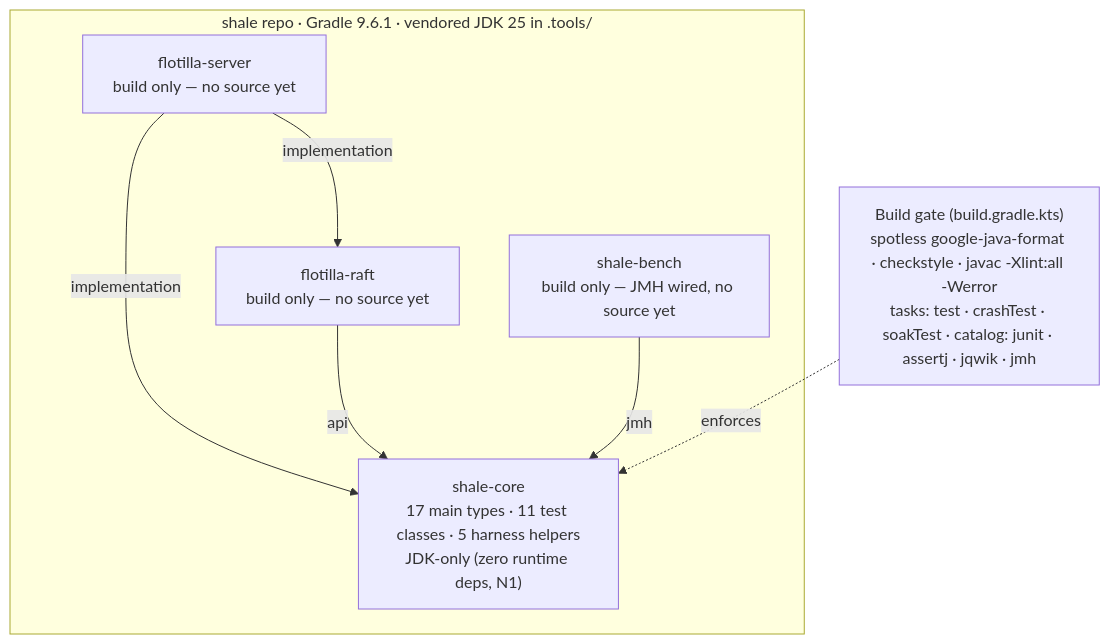
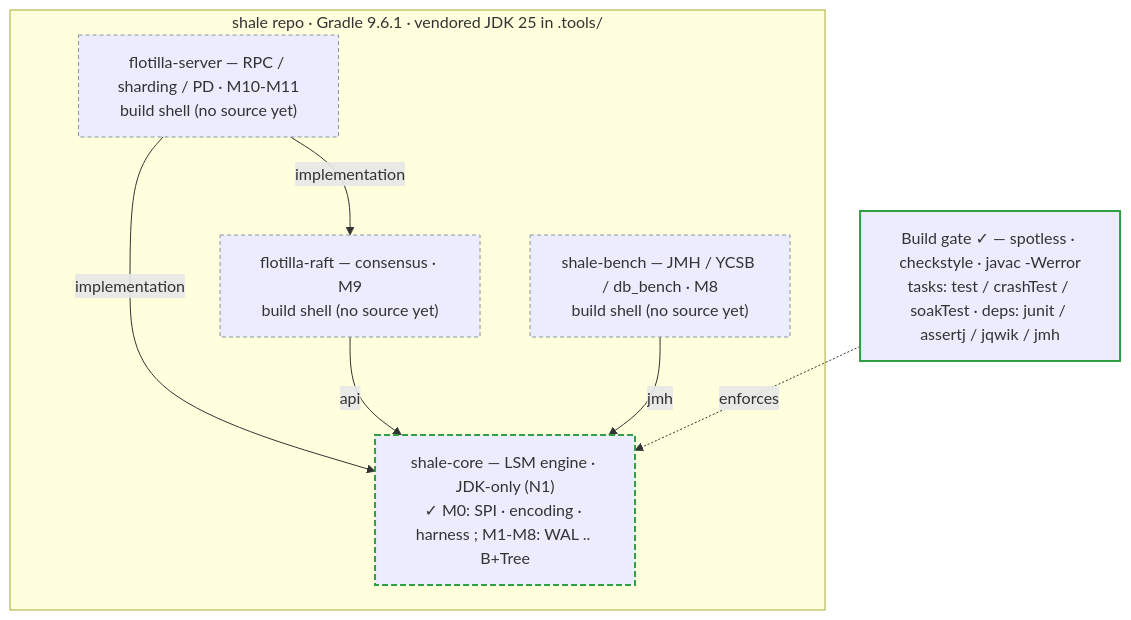
One commit to rahul-j0shi/shale changed the first of 6 diagrams in README.md. Above: the diagram before and after it, drawn with Mermaid. The commit also changed other lines of this file, not shown here.

First line of the commit message:
docs(docs): draw the complete project scope in the README diagrams

````diff
--- a/README.md
+++ b/README.md
@@ -65,15 +66,19 @@
 ```mermaid
 flowchart TB
   subgraph repo["shale repo · Gradle 9.6.1 · vendored JDK 25 in .tools/"]
-    core["shale-core<br/>17 main types · 11 test classes · 5 harness helpers<br/>JDK-only (zero runtime deps, N1)"]
-    bench["shale-bench<br/>build only — JMH wired, no source yet"]
-    raft["flotilla-raft<br/>build only — no source yet"]
-    server["flotilla-server<br/>build only — no source yet"]
+    core["shale-core — LSM engine · JDK-only (N1)<br/>✓ M0: SPI · encoding · harness ; M1-M8: WAL .. B+Tree"]:::part
+    bench["shale-bench — JMH / YCSB / db_bench · M8<br/>build shell (no source yet)"]:::plan
+    raft["flotilla-raft — consensus · M9<br/>build shell (no source yet)"]:::plan
+    server["flotilla-server — RPC / sharding / PD · M10-M11<br/>build shell (no source yet)"]:::plan
   end
   server -->|implementation| raft
   server -->|implementation| core
   raft -->|api| core
   bench -->|jmh| core
-  gate["Build gate (build.gradle.kts)<br/>spotless google-java-format · checkstyle · javac -Xlint:all -Werror<br/>tasks: test · crashTest · soakTest · catalog: junit · assertj · jqwik · jmh"]
+  gate["Build gate ✓ — spotless · checkstyle · javac -Werror<br/>tasks: test / crashTest / soakTest · deps: junit / assertj / jqwik / jmh"]:::done
   gate -. enforces .-> core
+
+  classDef done stroke:#2ea043,stroke-width:2px;
+  classDef part stroke:#2ea043,stroke-width:2px,stroke-dasharray:6 3;
+  classDef plan stroke:#8b949e,stroke-width:1px,stroke-dasharray:4 3;
 ```
````
